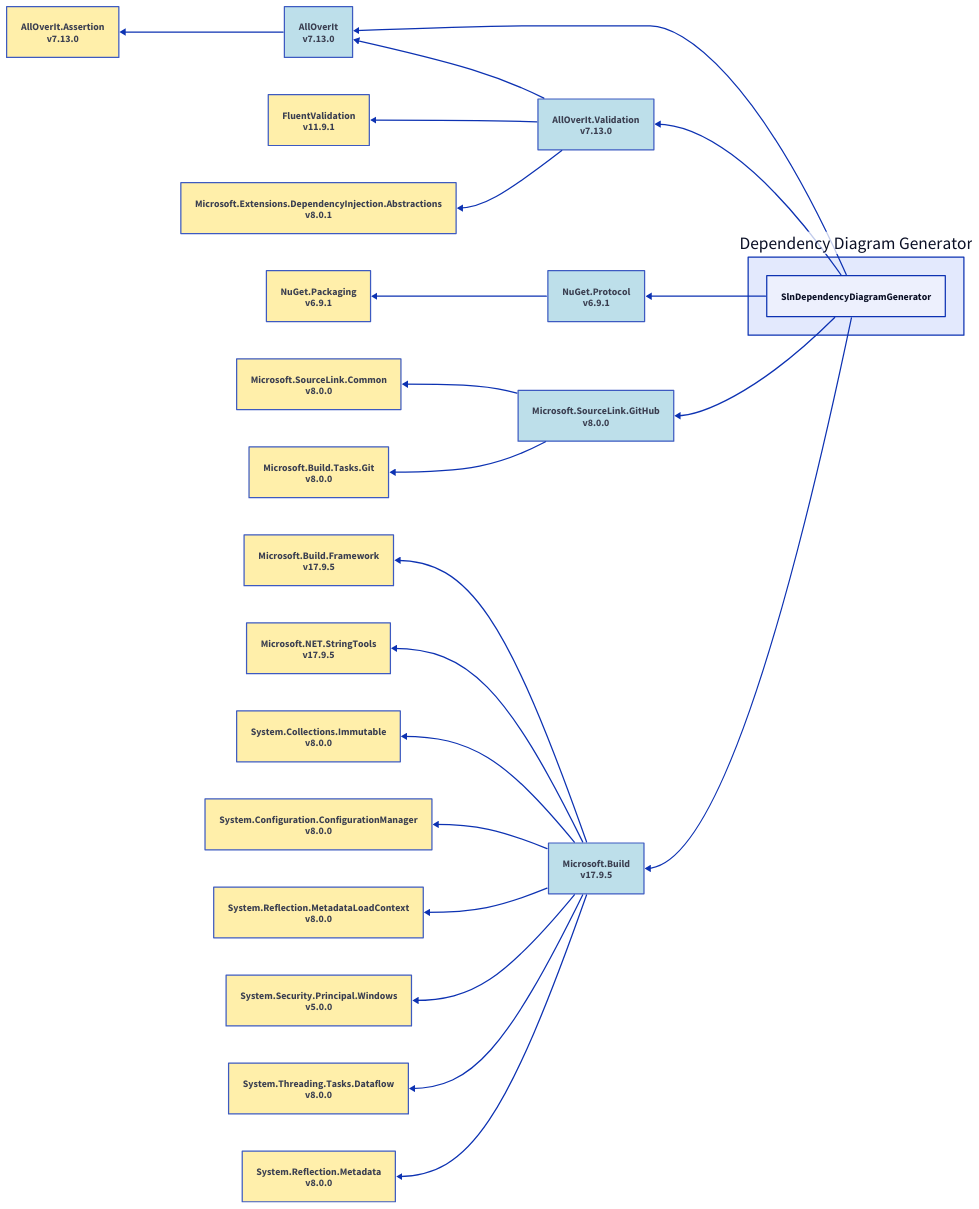
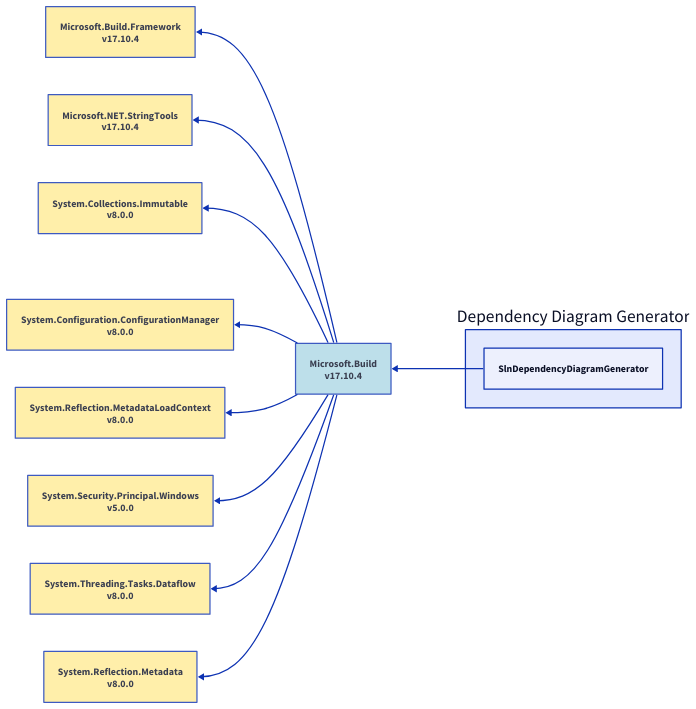
One commit to mjfreelancing/SlnDependencyDiagramGenerator changed the diagram in Sample/Output/net8.0/slndependencydiagramgenerator.d2. Above: the diagram before and after it, drawn with D2. The commit also changed 12 other files, not shown here.

Commit message:
Diagram updates

```diff
--- a/Sample/Output/net8.0/slndependencydiagramgenerator.d2
+++ b/Sample/Output/net8.0/slndependencydiagramgenerator.d2
@@ -1,81 +1,40 @@
 direction: left
 
 ddg: Dependency Diagram Generator
 ddg.slndependencydiagramgenerator: SlnDependencyDiagramGenerator
-alloverit_7-13-0: AllOverIt\nv7.13.0
-alloverit_7-13-0.style.fill: "#ADD8E6"
-alloverit_7-13-0.style.opacity: 0.8
-alloverit-assertion_7-13-0: AllOverIt.Assertion\nv7.13.0
-alloverit-assertion_7-13-0.style.fill: "#FFEC96"
-alloverit-assertion_7-13-0.style.opacity: 0.8
-alloverit-assertion_7-13-0 <- alloverit_7-13-0
-alloverit_7-13-0 <- ddg.slndependencydiagramgenerator
-alloverit-validation_7-13-0: AllOverIt.Validation\nv7.13.0
-alloverit-validation_7-13-0.style.fill: "#ADD8E6"
-alloverit-validation_7-13-0.style.opacity: 0.8
-alloverit_7-13-0 <- alloverit-validation_7-13-0
-fluentvalidation_11-9-1: FluentValidation\nv11.9.1
-fluentvalidation_11-9-1.style.fill: "#FFEC96"
-fluentvalidation_11-9-1.style.opacity: 0.8
-fluentvalidation_11-9-1 <- alloverit-validation_7-13-0
-microsoft-extensions-dependencyinjection-abstractions_8-0-1: Microsoft.Extensions.DependencyInjection.Abstractions\nv8.0.1
-microsoft-extensions-dependencyinjection-abstractions_8-0-1.style.fill: "#FFEC96"
-microsoft-extensions-dependencyinjection-abstractions_8-0-1.style.opacity: 0.8
-microsoft-extensions-dependencyinjection-abstractions_8-0-1 <- alloverit-validation_7-13-0
-alloverit-validation_7-13-0 <- ddg.slndependencydiagramgenerator
-nuget-protocol_6-9-1: NuGet.Protocol\nv6.9.1
-nuget-protocol_6-9-1.style.fill: "#ADD8E6"
-nuget-protocol_6-9-1.style.opacity: 0.8
-nuget-packaging_6-9-1: NuGet.Packaging\nv6.9.1
-nuget-packaging_6-9-1.style.fill: "#FFEC96"
-nuget-packaging_6-9-1.style.opacity: 0.8
-nuget-packaging_6-9-1 <- nuget-protocol_6-9-1
-nuget-protocol_6-9-1 <- ddg.slndependencydiagramgenerator
-microsoft-sourcelink-github_8-0-0: Microsoft.SourceLink.GitHub\nv8.0.0
-microsoft-sourcelink-github_8-0-0.style.fill: "#ADD8E6"
-microsoft-sourcelink-github_8-0-0.style.opacity: 0.8
-microsoft-sourcelink-common_8-0-0: Microsoft.SourceLink.Common\nv8.0.0
-microsoft-sourcelink-common_8-0-0.style.fill: "#FFEC96"
-microsoft-sourcelink-common_8-0-0.style.opacity: 0.8
-microsoft-sourcelink-common_8-0-0 <- microsoft-sourcelink-github_8-0-0
-microsoft-build-tasks-git_8-0-0: Microsoft.Build.Tasks.Git\nv8.0.0
-microsoft-build-tasks-git_8-0-0.style.fill: "#FFEC96"
-microsoft-build-tasks-git_8-0-0.style.opacity: 0.8
-microsoft-build-tasks-git_8-0-0 <- microsoft-sourcelink-github_8-0-0
-microsoft-sourcelink-github_8-0-0 <- ddg.slndependencydiagramgenerator
-microsoft-build_17-9-5: Microsoft.Build\nv17.9.5
-microsoft-build_17-9-5.style.fill: "#ADD8E6"
-microsoft-build_17-9-5.style.opacity: 0.8
-microsoft-build-framework_17-9-5: Microsoft.Build.Framework\nv17.9.5
-microsoft-build-framework_17-9-5.style.fill: "#FFEC96"
-microsoft-build-framework_17-9-5.style.opacity: 0.8
-microsoft-build-framework_17-9-5 <- microsoft-build_17-9-5
-microsoft-net-stringtools_17-9-5: Microsoft.NET.StringTools\nv17.9.5
-microsoft-net-stringtools_17-9-5.style.fill: "#FFEC96"
-microsoft-net-stringtools_17-9-5.style.opacity: 0.8
-microsoft-net-stringtools_17-9-5 <- microsoft-build_17-9-5
+microsoft-build_17-10-4: Microsoft.Build\nv17.10.4
+microsoft-build_17-10-4.style.fill: "#ADD8E6"
+microsoft-build_17-10-4.style.opacity: 0.8
+microsoft-build-framework_17-10-4: Microsoft.Build.Framework\nv17.10.4
+microsoft-build-framework_17-10-4.style.fill: "#FFEC96"
+microsoft-build-framework_17-10-4.style.opacity: 0.8
+microsoft-build-framework_17-10-4 <- microsoft-build_17-10-4
+microsoft-net-stringtools_17-10-4: Microsoft.NET.StringTools\nv17.10.4
+microsoft-net-stringtools_17-10-4.style.fill: "#FFEC96"
+microsoft-net-stringtools_17-10-4.style.opacity: 0.8
+microsoft-net-stringtools_17-10-4 <- microsoft-build_17-10-4
 system-collections-immutable_8-0-0: System.Collections.Immutable\nv8.0.0
 system-collections-immutable_8-0-0.style.fill: "#FFEC96"
 system-collections-immutable_8-0-0.style.opacity: 0.8
-system-collections-immutable_8-0-0 <- microsoft-build_17-9-5
+system-collections-immutable_8-0-0 <- microsoft-build_17-10-4
 system-configuration-configurationmanager_8-0-0: System.Configuration.ConfigurationManager\nv8.0.0
 system-configuration-configurationmanager_8-0-0.style.fill: "#FFEC96"
 system-configuration-configurationmanager_8-0-0.style.opacity: 0.8
-system-configuration-configurationmanager_8-0-0 <- microsoft-build_17-9-5
+system-configuration-configurationmanager_8-0-0 <- microsoft-build_17-10-4
 system-reflection-metadataloadcontext_8-0-0: System.Reflection.MetadataLoadContext\nv8.0.0
 system-reflection-metadataloadcontext_8-0-0.style.fill: "#FFEC96"
 system-reflection-metadataloadcontext_8-0-0.style.opacity: 0.8
-system-reflection-metadataloadcontext_8-0-0 <- microsoft-build_17-9-5
+system-reflection-metadataloadcontext_8-0-0 <- microsoft-build_17-10-4
 system-security-principal-windows_5-0-0: System.Security.Principal.Windows\nv5.0.0
 system-security-principal-windows_5-0-0.style.fill: "#FFEC96"
 system-security-principal-windows_5-0-0.style.opacity: 0.8
-system-security-principal-windows_5-0-0 <- microsoft-build_17-9-5
+system-security-principal-windows_5-0-0 <- microsoft-build_17-10-4
 system-threading-tasks-dataflow_8-0-0: System.Threading.Tasks.Dataflow\nv8.0.0
 system-threading-tasks-dataflow_8-0-0.style.fill: "#FFEC96"
 system-threading-tasks-dataflow_8-0-0.style.opacity: 0.8
-system-threading-tasks-dataflow_8-0-0 <- microsoft-build_17-9-5
+system-threading-tasks-dataflow_8-0-0 <- microsoft-build_17-10-4
 system-reflection-metadata_8-0-0: System.Reflection.Metadata\nv8.0.0
 system-reflection-metadata_8-0-0.style.fill: "#FFEC96"
 system-reflection-metadata_8-0-0.style.opacity: 0.8
-system-reflection-metadata_8-0-0 <- microsoft-build_17-9-5
-microsoft-build_17-9-5 <- ddg.slndependencydiagramgenerator
+system-reflection-metadata_8-0-0 <- microsoft-build_17-10-4
+microsoft-build_17-10-4 <- ddg.slndependencydiagramgenerator
```
